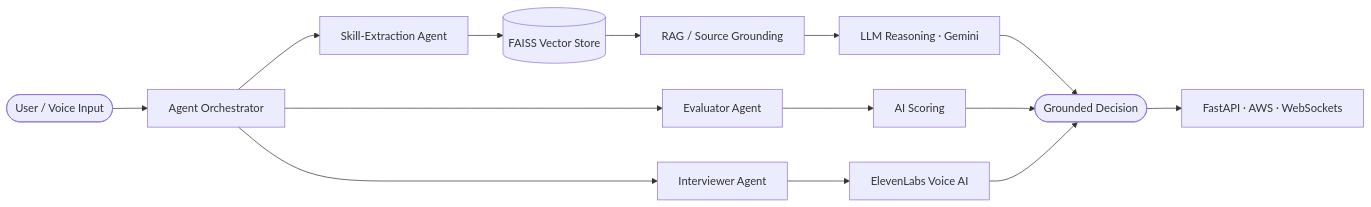
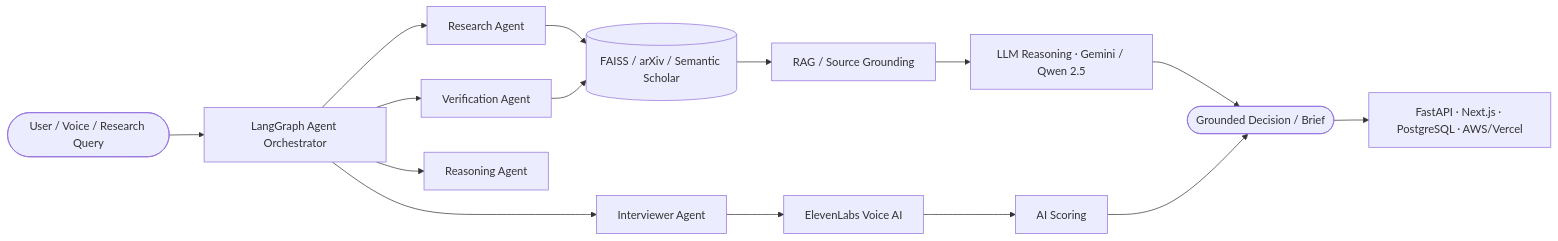
One commit to shriansh1625/shriansh1625 changed the diagram in README.md. Above: the diagram before and after it, drawn with Mermaid. The commit also changed other lines of this file, not shown here.

````diff
--- a/README.md
+++ b/README.md
@@ -283,16 +408,17 @@
 ```mermaid
 flowchart LR
-    U([User / Voice Input]) --> O[Agent Orchestrator]
-    O --> A1[Interviewer Agent]
-    O --> A2[Evaluator Agent]
-    O --> A3[Skill-Extraction Agent]
-    A1 --> V[ElevenLabs Voice AI]
-    A2 --> S[AI Scoring]
-    A3 --> R[(FAISS Vector Store)]
+    U([User / Voice / Research Query]) --> O[LangGraph Agent Orchestrator]
+    O --> A1[Research Agent]
+    O --> A2[Verification Agent]
+    O --> A3[Reasoning Agent]
+    O --> A4[Interviewer Agent]
+    A1 --> R[(FAISS / arXiv / Semantic Scholar)]
+    A2 --> R
     R --> RAG[RAG / Source Grounding]
-    RAG --> LLM[LLM Reasoning · Gemini]
-    LLM --> OUT([Grounded Decision])
+    RAG --> LLM[LLM Reasoning · Gemini / Qwen 2.5]
+    A4 --> V[ElevenLabs Voice AI]
+    V --> S[AI Scoring]
+    LLM --> OUT([Grounded Decision / Brief])
     S --> OUT
-    V --> OUT
-    OUT --> CL[FastAPI · AWS · WebSockets]
+    OUT --> CL[FastAPI · Next.js · PostgreSQL · AWS/Vercel]
 ```
````
